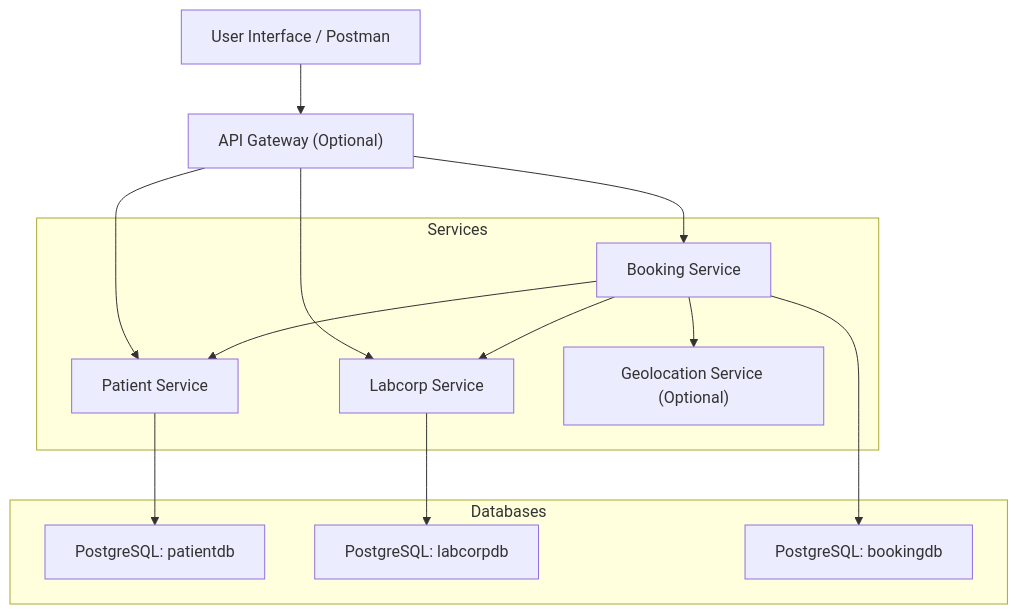
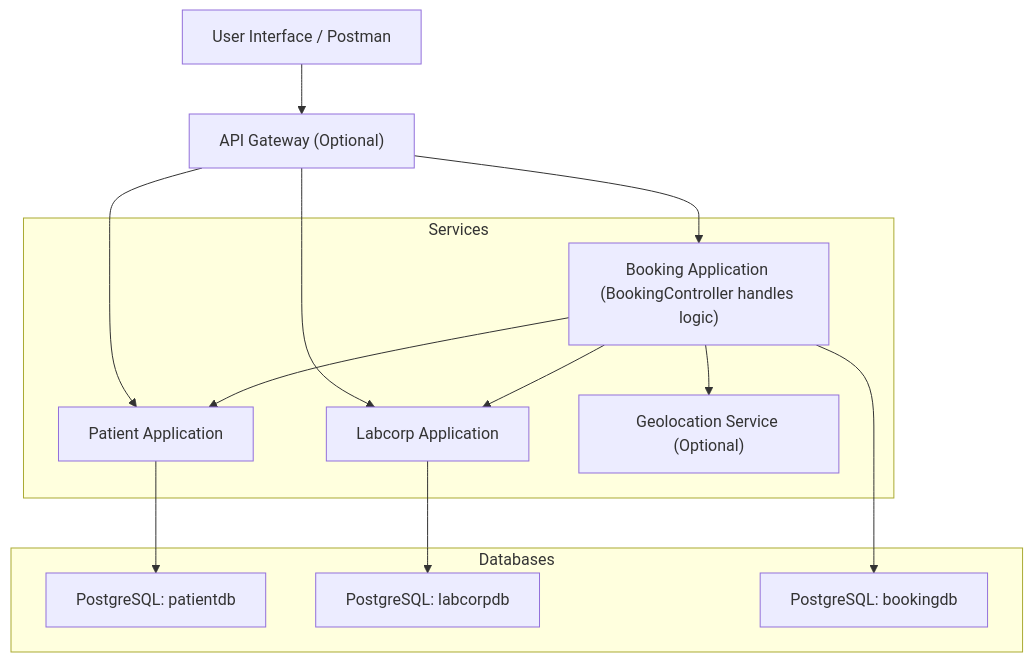
The second of 3 diagrams in README.md (pavankumarchebelli/MyCare_PatientPortal), drawn with Mermaid before and after one commit. The commit also changed other lines of this file, not shown here.

Commit message:
Update README.md
Small changes in c2 and c4

````diff
--- a/README.md
+++ b/README.md
@@ -82,30 +82,31 @@
 ```mermaid
 graph TD
   Client[User Interface / Postman] --> API_Gateway["API Gateway (Optional)"]
 
   subgraph Services
-    PatientService["Patient Service"]
-    LabcorpService["Labcorp Service"]
-    BookingService["Booking Service"]
+    PatientApp["Patient Application"]
+    LabcorpApp["Labcorp Application"]
+    BookingApp["Booking Application (BookingController handles logic)"]
     GeoService["Geolocation Service (Optional)"]
   end
 
-  API_Gateway --> PatientService
-  API_Gateway --> LabcorpService
-  API_Gateway --> BookingService
+  API_Gateway --> PatientApp
+  API_Gateway --> LabcorpApp
+  API_Gateway --> BookingApp
 
-  BookingService --> PatientService
-  BookingService --> LabcorpService
-  BookingService --> GeoService
+  BookingApp --> PatientApp
+  BookingApp --> LabcorpApp
+  BookingApp --> GeoService
 
   subgraph Databases
     PatientDB["PostgreSQL: patientdb"]
     LabcorpDB["PostgreSQL: labcorpdb"]
     BookingDB["PostgreSQL: bookingdb"]
   end
 
-  PatientService --> PatientDB
-  LabcorpService --> LabcorpDB
-  BookingService --> BookingDB
+  PatientApp --> PatientDB
+  LabcorpApp --> LabcorpDB
+  BookingApp --> BookingDB
+
 
 ```
````
